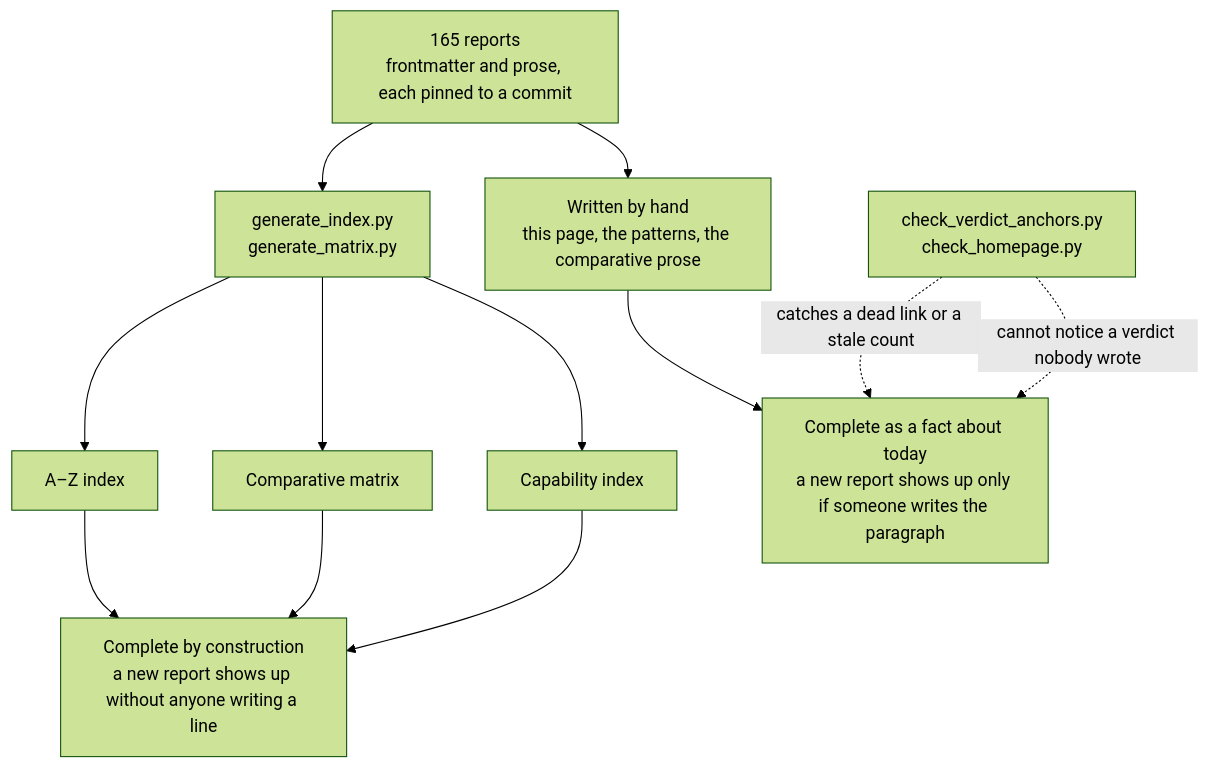
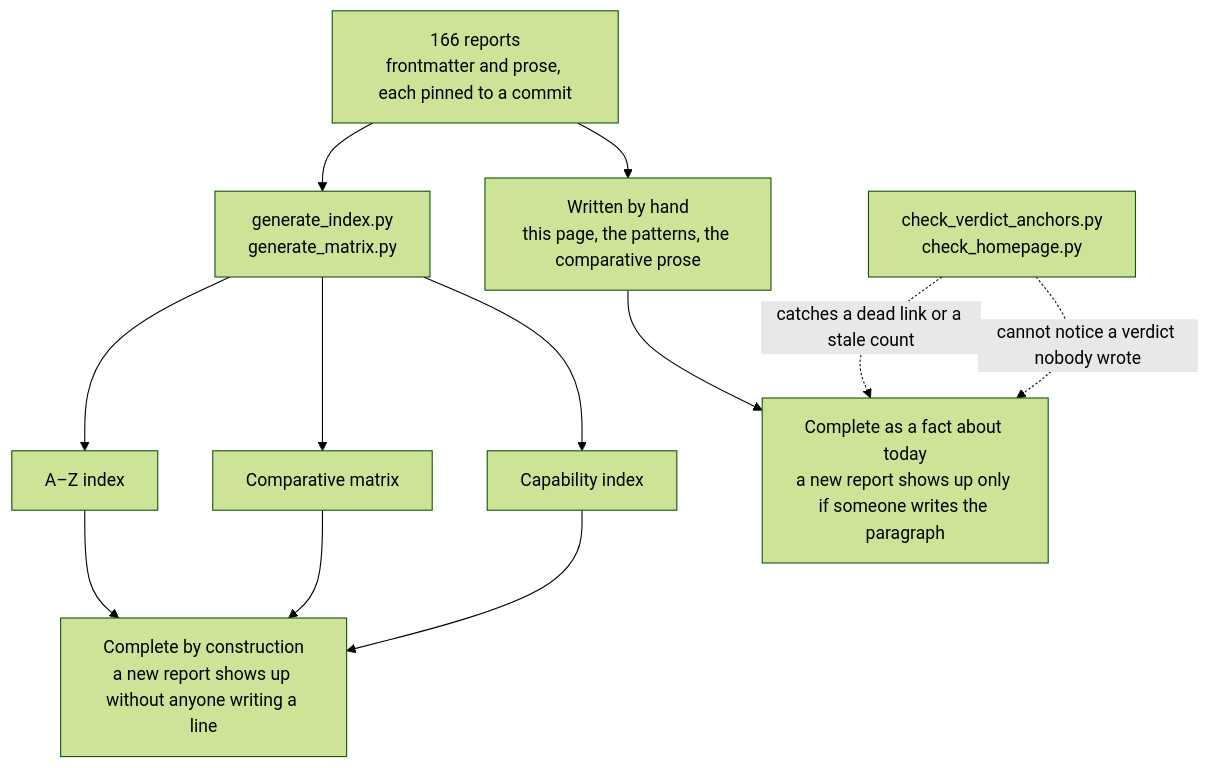
Before and after one commit to neoneye/agent-memory-atlas: the diagram in content/verdicts.md, drawn with Mermaid (forest theme). The commit also changed other lines of this file and 26 other files, not shown here.

````diff
--- a/content/verdicts.md
+++ b/content/verdicts.md
@@ -40,15 +40,15 @@
 ```mermaid
 flowchart TD
-    R["165 reports<br/>frontmatter and prose, each pinned to a commit"]
+    R["166 reports<br/>frontmatter and prose, each pinned to a commit"]
     R --> GEN["generate_index.py<br/>generate_matrix.py"]
     R --> HAND["Written by hand<br/>this page, the patterns, the comparative prose"]
     GEN --> AZ["A–Z index"]
     GEN --> MX["Comparative matrix"]
     GEN --> CI["Capability index"]
     AZ --> CONST["Complete by construction<br/>a new report shows up without anyone writing a line"]
     MX --> CONST
     CI --> CONST
     HAND --> TODAY["Complete as a fact about today<br/>a new report shows up only if someone writes the paragraph"]
     CHK["check_verdict_anchors.py<br/>check_homepage.py"] -.->|"catches a dead link or a stale count"| TODAY
     CHK -.->|"cannot notice a verdict nobody wrote"| TODAY
 ```
````
